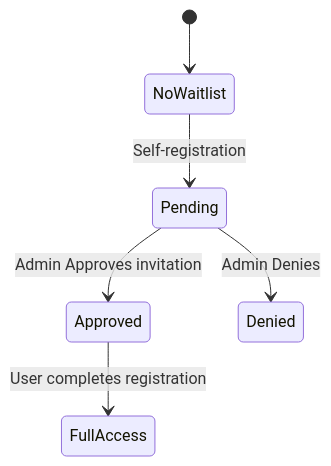
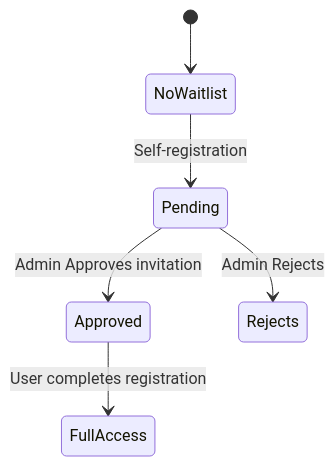
Before and after one commit to datum-cloud/enhancements: the first of 2 diagrams in enhancements/platform/waitlist/README.md, drawn with Mermaid. The commit also changed other lines of this file, not shown here.

````diff
--- a/enhancements/platform/waitlist/README.md
+++ b/enhancements/platform/waitlist/README.md
@@ -26,8 +26,8 @@
 ```mermaid
 stateDiagram-v2
     [*] --> NoWaitlist
     NoWaitlist --> Pending : Self-registration
     Pending --> Approved : Admin Approves invitation
-    Pending --> Denied : Admin Denies
+    Pending --> Rejects : Admin Rejects
     Approved --> FullAccess : User completes registration
 ```
````
